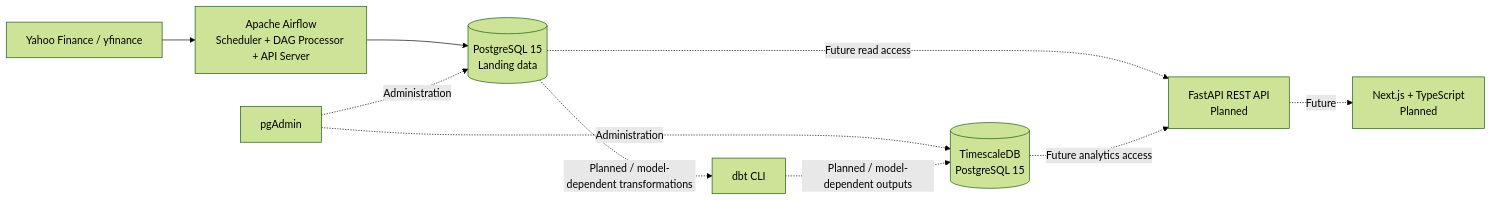
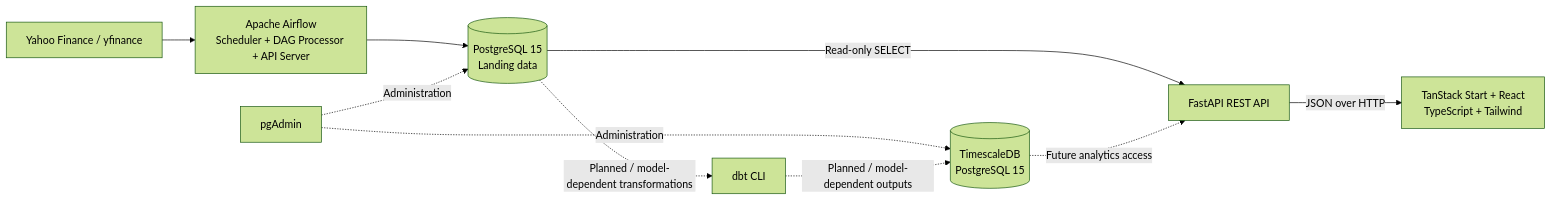
Before and after one commit to AlexHuc/foundation-flow: the diagram in README.md, drawn with Mermaid (forest theme). The commit also changed other lines of this file and 21 other files, not shown here.

````diff
--- a/README.md
+++ b/README.md
@@ -11,12 +11,12 @@
 ```mermaid
 flowchart LR
     YF[Yahoo Finance / yfinance] --> AF[Apache Airflow<br/>Scheduler + DAG Processor + API Server]
     AF --> PG[(PostgreSQL 15<br/>Landing data)]
     PGA[pgAdmin] -. Administration .-> PG
     PGA -. Administration .-> TS
     PG -. Planned / model-dependent transformations .-> DBT[dbt CLI]
     DBT -. Planned / model-dependent outputs .-> TS[(TimescaleDB<br/>PostgreSQL 15)]
-    PG -. Future read access .-> API[FastAPI REST API<br/>Planned]
+    PG -- Read-only SELECT --> API[FastAPI REST API]
     TS -. Future analytics access .-> API
-    API -. Future .-> WEB[Next.js + TypeScript<br/>Planned]
+    API -- JSON over HTTP --> WEB[TanStack Start + React<br/>TypeScript + Tailwind]
 ```
````
